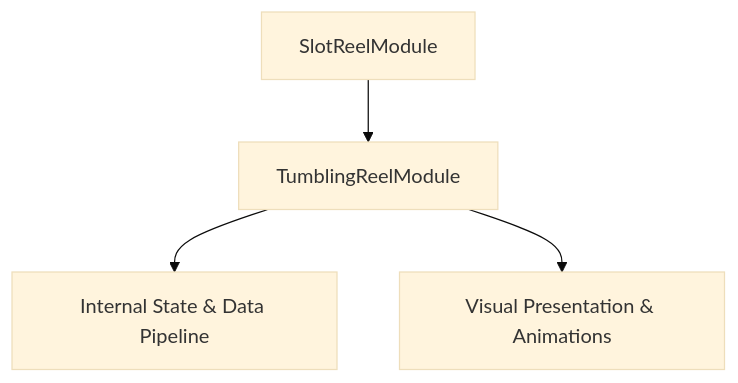
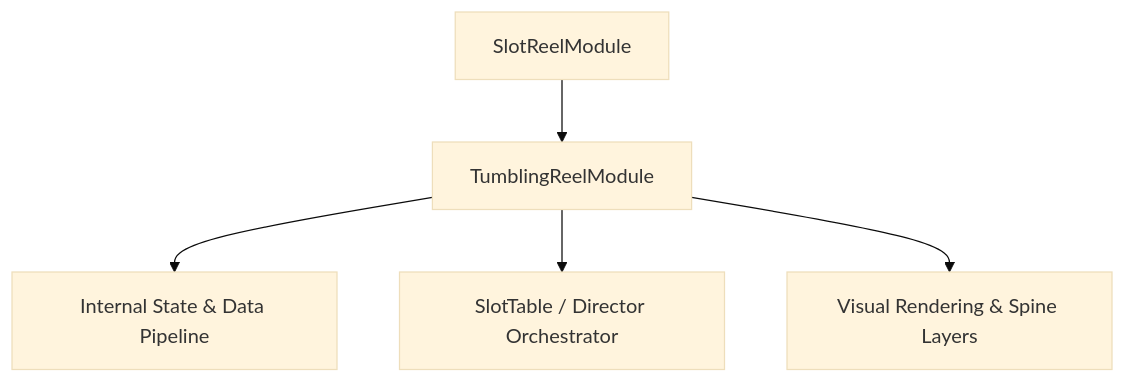
Before and after one commit to lam-ark/mcp-fwcc: the diagram in docs/cc_slot_mechanics/modules/TumblingReelModule/01_overview/01_architecture_and_role.md, drawn with Mermaid (base theme). The commit also changed other lines of this file and 2509 other files, not shown here.

````diff
--- a/docs/cc_slot_mechanics/modules/TumblingReelModule/01_overview/01_architecture_and_role.md
+++ b/docs/cc_slot_mechanics/modules/TumblingReelModule/01_overview/01_architecture_and_role.md
@@ -18,6 +24,7 @@
 ```mermaid
 graph TD
-    Parent[SlotReelModule] --> Mod[TumblingReelModule]
-    Mod --> State[Internal State & Data Pipeline]
-    Mod --> Render[Visual Presentation & Animations]
+    SuperClass[SlotReelModule] --> TargetClass[TumblingReelModule]
+    TargetClass --> DataPipeline[Internal State & Data Pipeline]
+    TargetClass --> Orchestrator[SlotTable / Director Orchestrator]
+    TargetClass --> ViewLayer[Visual Rendering & Spine Layers]
 ```
````
